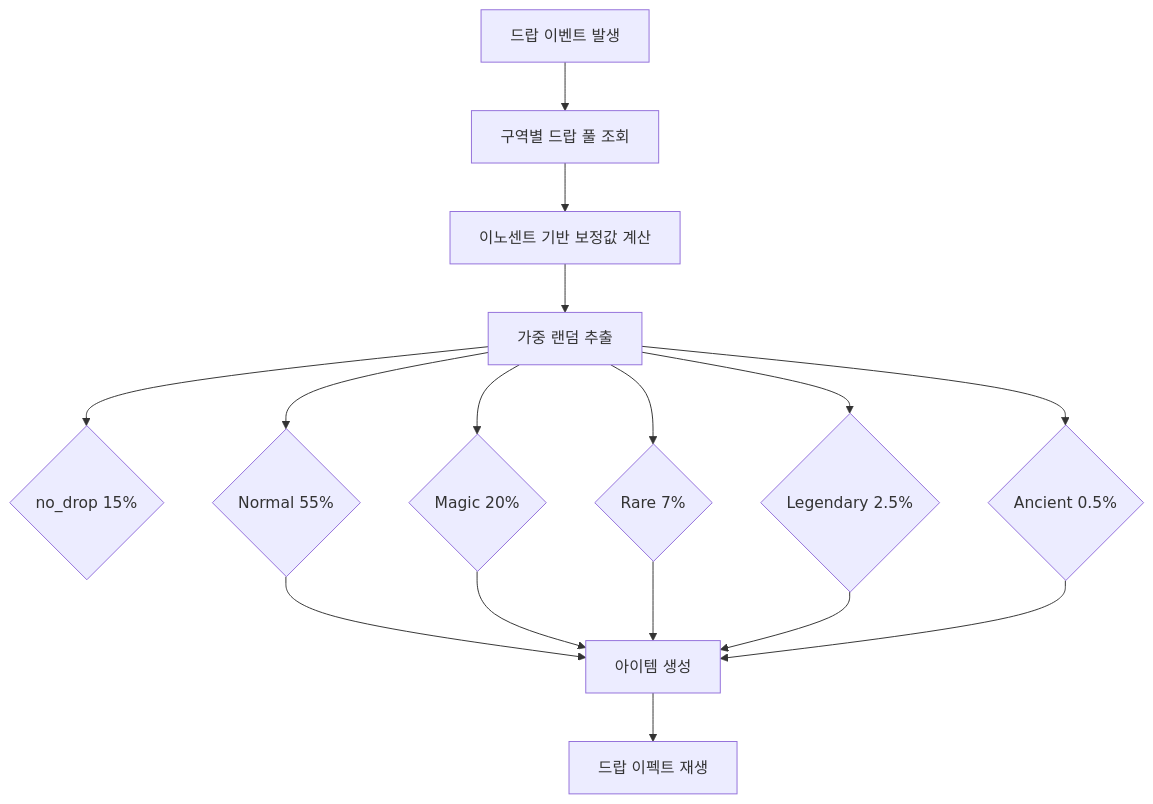
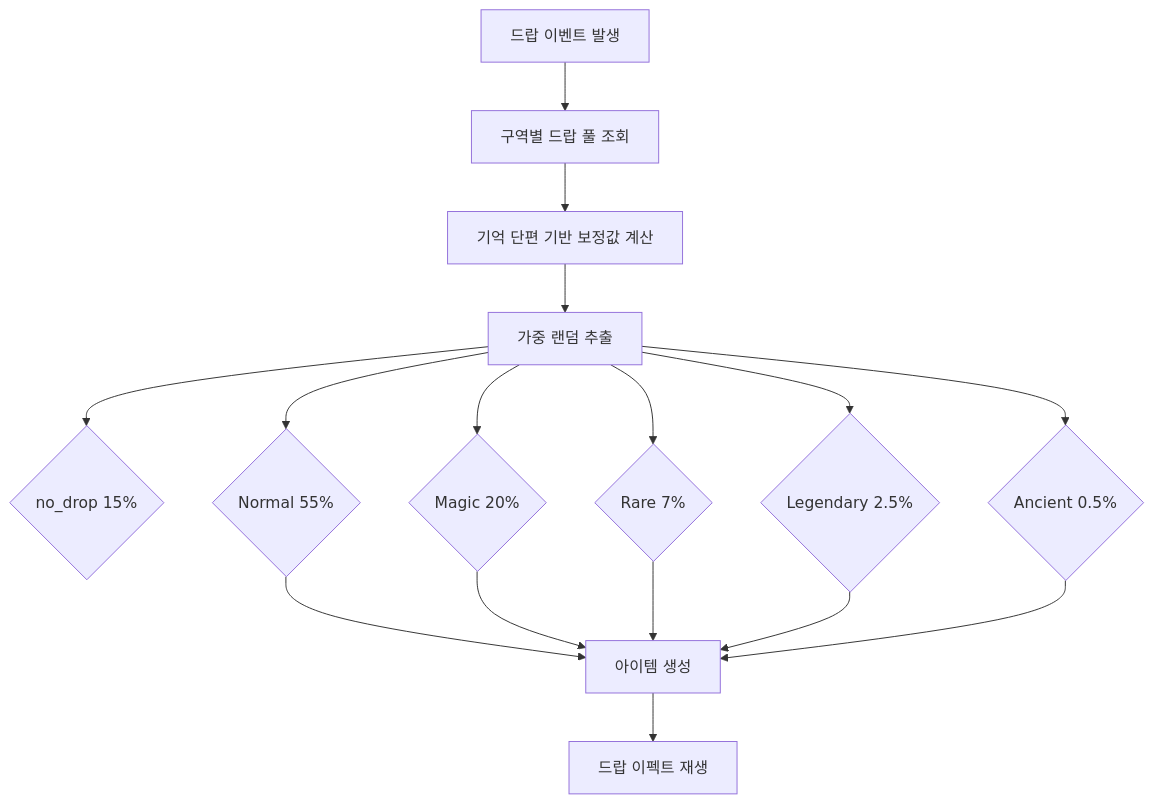
Before and after one commit to Biskraft/ProjectAbyss: the first of 2 diagrams in Documents/System/System_Equipment_Rarity.md, drawn with Mermaid. The commit also changed other lines of this file and 197 other files, not shown here.

````diff
--- a/Documents/System/System_Equipment_Rarity.md
+++ b/Documents/System/System_Equipment_Rarity.md
@@ -136,18 +136,18 @@
 ```mermaid
 graph TD
     DROP[드랍 이벤트 발생] --> ZONE[구역별 드랍 풀 조회]
-    ZONE --> BONUS[이노센트 기반 보정값 계산]
+    ZONE --> BONUS[기억 단편 기반 보정값 계산]
     BONUS --> ROLL[가중 랜덤 추출]
     ROLL --> ND{no_drop 15%}
     ROLL --> N{Normal 55%}
     ROLL --> MG{Magic 20%}
     ROLL --> R{Rare 7%}
     ROLL --> L{Legendary 2.5%}
     ROLL --> A{Ancient 0.5%}
     N --> ITEM[아이템 생성]
     MG --> ITEM
     R --> ITEM
     L --> ITEM
     A --> ITEM
     ITEM --> FX[드랍 이펙트 재생]
 ```
````
